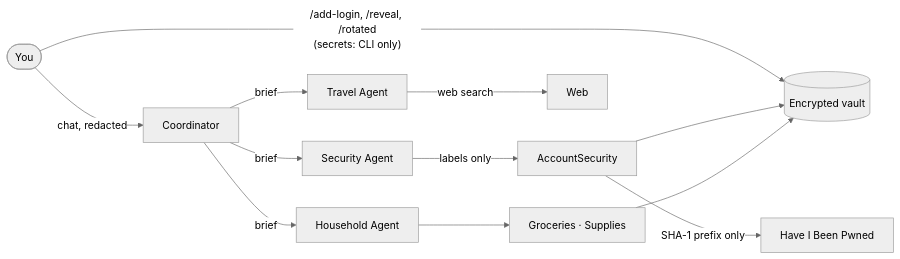
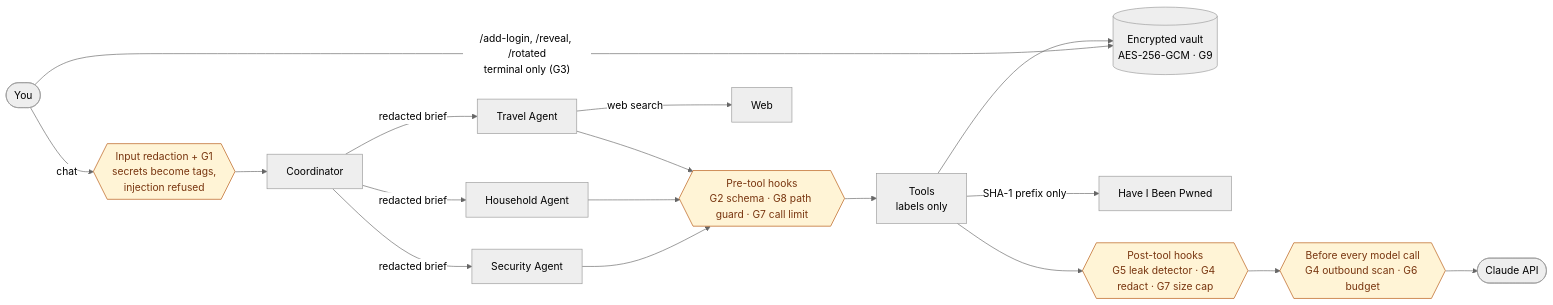
One commit to emitby/Agentic-Prototype-for-an-Encrypted-Personal-Assistant-That-Minimizes-the-Risk-of-Big-Data-Profiling changed the diagram in README.md. Above: the diagram before and after it, drawn with Mermaid (neutral theme). The commit also changed other lines of this file and 20 other files, not shown here.

````diff
--- a/README.md
+++ b/README.md
@@ -25,12 +60,21 @@
 ```mermaid
 flowchart LR
-    U([You]) -->|chat, redacted| CO[Coordinator]
-    U -->|"/add-login, /reveal, /rotated<br/>(secrets: CLI only)"| V
-    CO -->|brief| SA[Security Agent]
-    CO -->|brief| TA[Travel Agent]
-    CO -->|brief| HA[Household Agent]
-    SA -->|labels only| SEC[AccountSecurity] --> V[(Encrypted vault)]
-    SEC -->|SHA-1 prefix only| HIBP[Have I Been Pwned]
+    U([You]) -->|chat| IN{{"Input redaction + G1<br/>secrets become tags,<br/>injection refused"}}
+    U -->|"/add-login, /reveal, /rotated<br/>terminal only (G3)"| V
+    IN --> CO[Coordinator]
+    CO -->|redacted brief| SA[Security Agent]
+    CO -->|redacted brief| TA[Travel Agent]
+    CO -->|redacted brief| HA[Household Agent]
+    SA --> PRE{{"Pre-tool hooks<br/>G2 schema · G8 path guard · G7 call limit"}}
+    HA --> PRE
+    TA --> PRE
+    PRE --> T[Tools<br/>labels only]
+    T --> V[(Encrypted vault<br/>AES-256-GCM · G9)]
+    T -->|SHA-1 prefix only| HIBP[Have I Been Pwned]
+    T --> POST{{"Post-tool hooks<br/>G5 leak detector · G4 redact · G7 size cap"}}
+    POST --> OUT{{"Before every model call<br/>G4 outbound scan · G6 budget"}}
+    OUT --> AI([Claude API])
     TA -->|web search| WEB[Web]
-    HA --> HH[Groceries · Supplies] --> V
+    classDef guard fill:#fff4d6,stroke:#b45309,color:#78350f
+    class IN,PRE,POST,OUT guard
 ```
````
